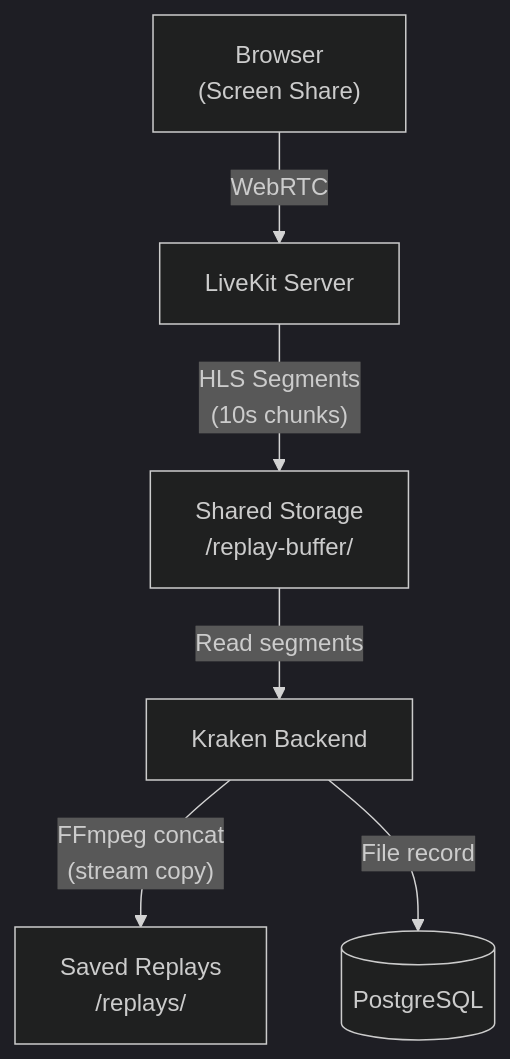
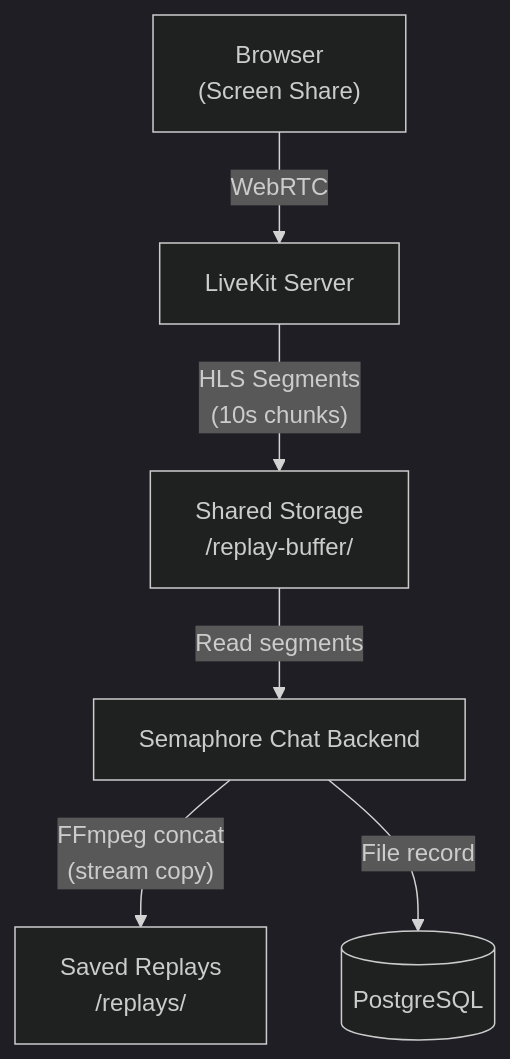
Before and after one commit to krakenchat/kraken: the diagram in docs-site/docs/architecture/replay-buffer.md, drawn with Mermaid (dark theme). The commit also changed 183 other files, not shown here.

First line of the commit message:
chore: rename Kraken to Semaphore Chat

````diff
--- a/docs-site/docs/architecture/replay-buffer.md
+++ b/docs-site/docs/architecture/replay-buffer.md
@@ -12,8 +12,8 @@
 ```mermaid
 graph TD
     Browser["Browser<br/>(Screen Share)"] -->|WebRTC| LiveKit["LiveKit Server"]
     LiveKit -->|"HLS Segments<br/>(10s chunks)"| Storage["Shared Storage<br/>/replay-buffer/"]
-    Storage -->|Read segments| Backend["Kraken Backend"]
+    Storage -->|Read segments| Backend["Semaphore Chat Backend"]
     Backend -->|"FFmpeg concat<br/>(stream copy)"| Replays["Saved Replays<br/>/replays/"]
     Backend -->|File record| PostgreSQL[(PostgreSQL)]
 ```
````
